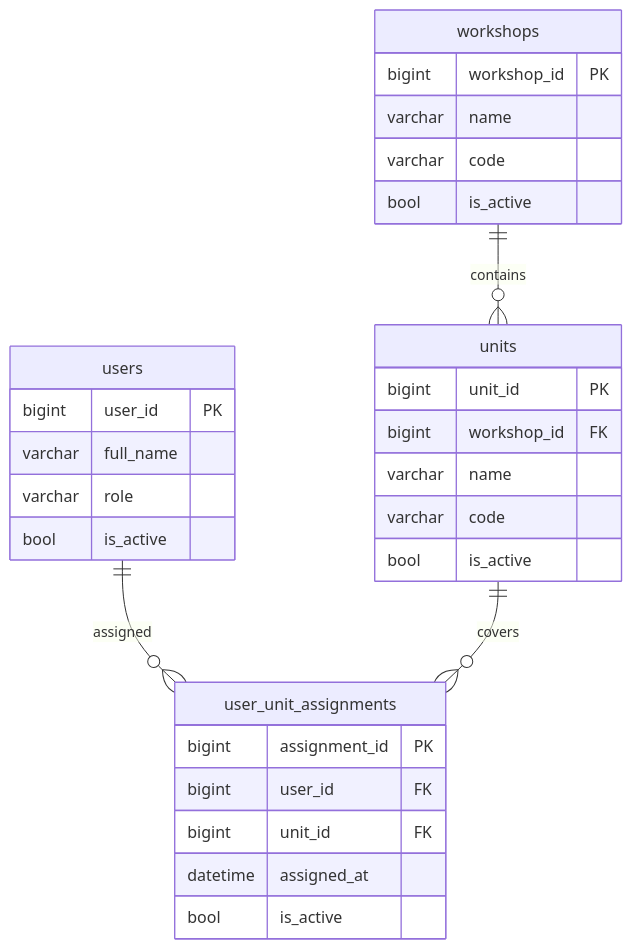
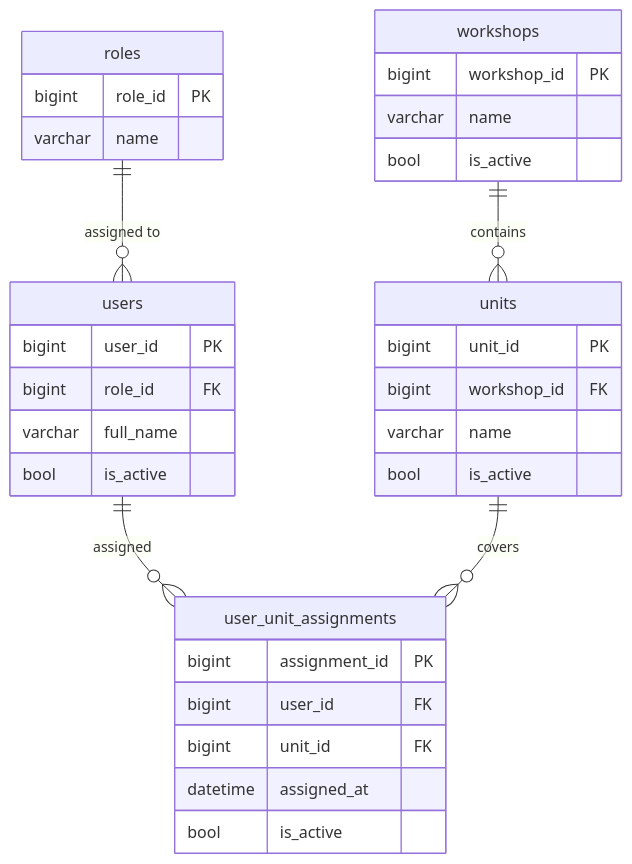
One commit to savushkin-dev/scada-mobile changed the diagram in DB_NOTIFICATIONS_CONCEPT.md. Above: the diagram before and after it, drawn with Mermaid. The commit also changed other lines of this file and 1 other file, not shown here.

````diff
--- a/DB_NOTIFICATIONS_CONCEPT.md
+++ b/DB_NOTIFICATIONS_CONCEPT.md
@@ -22,36 +24,40 @@
 ```mermaid
 erDiagram
   workshops ||--o{ units : contains
   users ||--o{ user_unit_assignments : assigned
   units ||--o{ user_unit_assignments : covers
+  roles ||--o{ users : "assigned to"
+
+  roles {
+    bigint role_id PK
+    varchar name
+  }
 
   users {
     bigint user_id PK
+    bigint role_id FK
     varchar full_name
-    varchar role
     bool is_active
   }
 
   workshops {
     bigint workshop_id PK
     varchar name
-    varchar code
     bool is_active
   }
 
   units {
     bigint unit_id PK
     bigint workshop_id FK
     varchar name
-    varchar code
     bool is_active
   }
 
   user_unit_assignments {
     bigint assignment_id PK
     bigint user_id FK
     bigint unit_id FK
     datetime assigned_at
     bool is_active
   }
 ```
````
